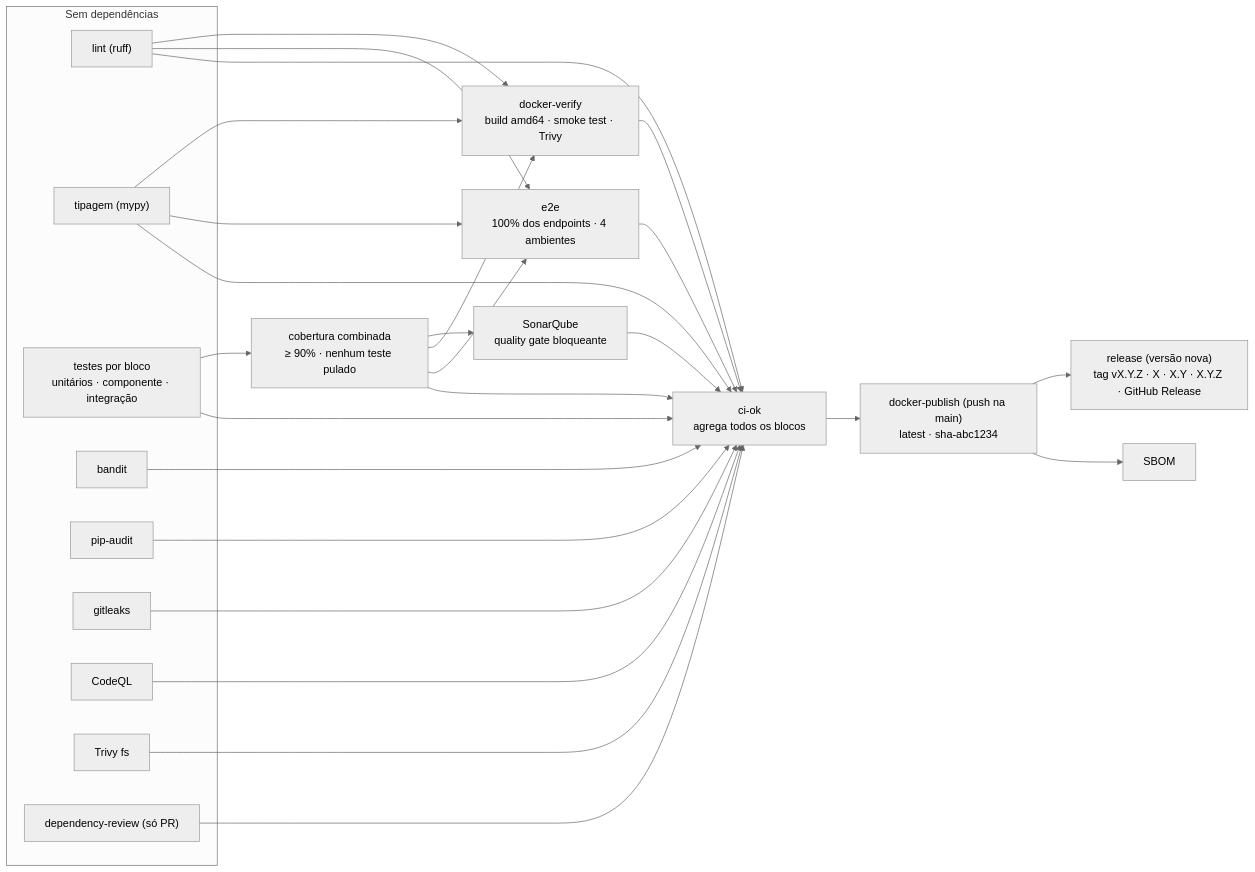
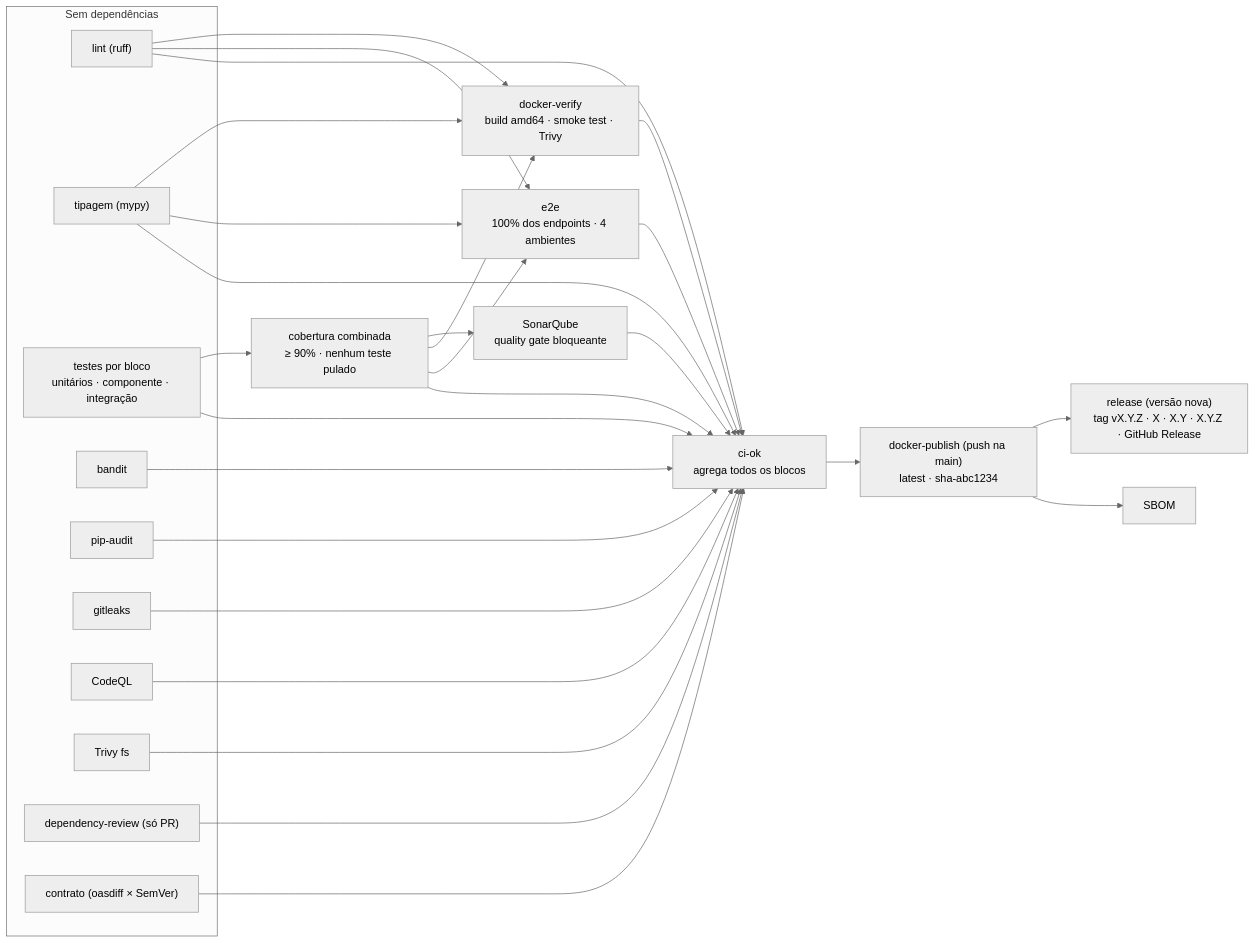
Before and after one commit to rlquilez/b3datetime: the sixth of 7 diagrams in README.md, drawn with Mermaid (neutral theme). The commit also changed other lines of this file and 7 other files, not shown here.

First line of the commit message:
test(ci): contrato OpenAPI versionado e oasdiff — breaking change exige MAJOR

````diff
--- a/README.md
+++ b/README.md
@@ -869,20 +869,21 @@
 ```mermaid
 flowchart LR
     subgraph paralelo["Sem dependências"]
         lint["lint (ruff)"]
         typecheck["tipagem (mypy)"]
         test["testes por bloco<br/>unitários · componente · integração"]
         bandit["bandit"]
         pipaudit["pip-audit"]
         gitleaks["gitleaks"]
         codeql["CodeQL"]
         trivyfs["Trivy fs"]
         depreview["dependency-review (só PR)"]
+        contract["contrato (oasdiff × SemVer)"]
     end
     test --> cov["cobertura combinada<br/>≥ 90% · nenhum teste pulado"] --> sonar["SonarQube<br/>quality gate bloqueante"]
     lint & typecheck & cov --> dv["docker-verify<br/>build amd64 · smoke test · Trivy"]
     lint & typecheck & cov --> e2e["e2e<br/>100% dos endpoints · 4 ambientes"]
     pub --> rel["release (versão nova)<br/>tag vX.Y.Z · X · X.Y · X.Y.Z · GitHub Release"]
-    lint & typecheck & test & cov & sonar & bandit & pipaudit & gitleaks & codeql & trivyfs & dv & e2e & depreview --> ok["ci-ok<br/>agrega todos os blocos"]
+    lint & typecheck & test & cov & sonar & bandit & pipaudit & gitleaks & codeql & trivyfs & contract & dv & e2e & depreview --> ok["ci-ok<br/>agrega todos os blocos"]
     ok --> pub["docker-publish (push na main)<br/>latest · sha-abc1234"] --> sbom["SBOM"]
 ```
````
